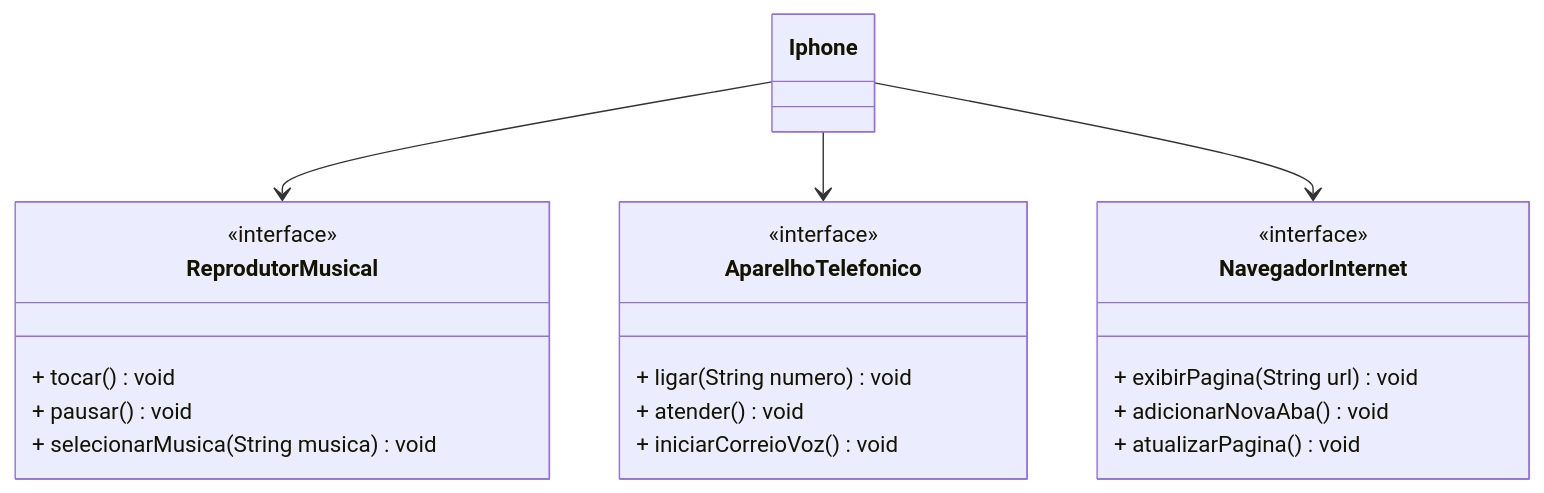
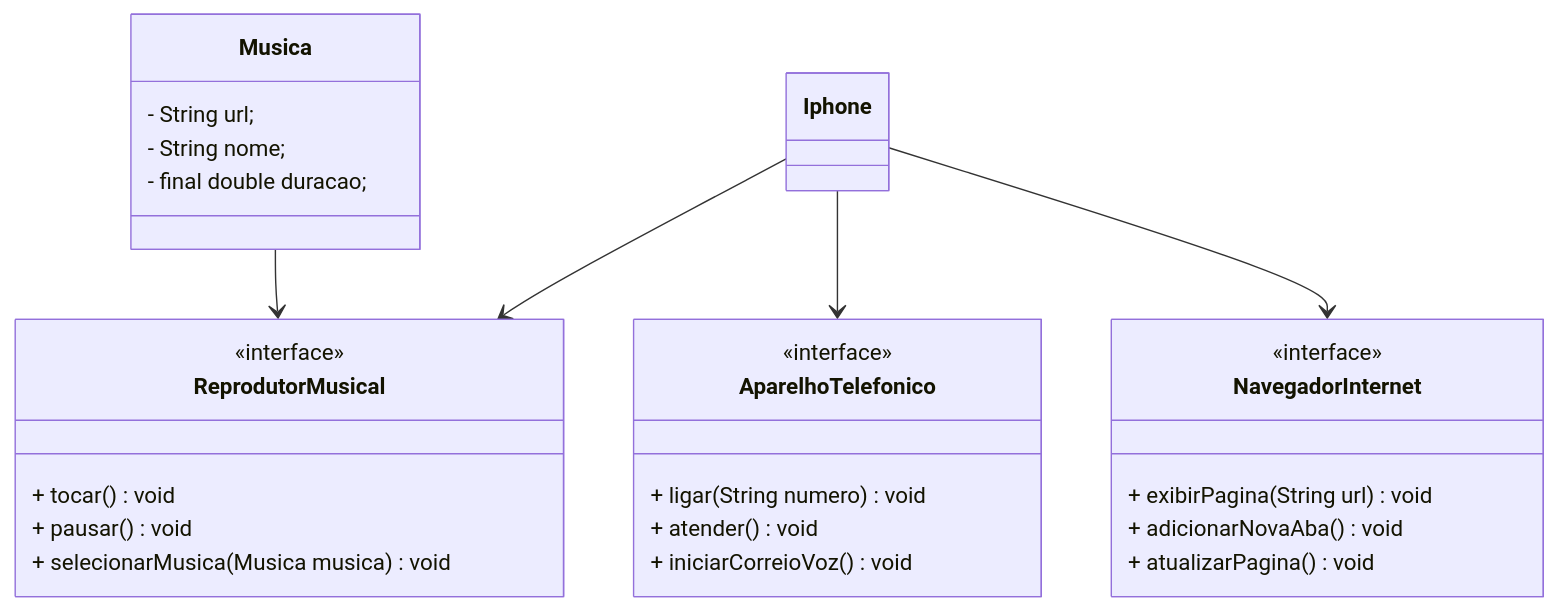
The diagram in README.md (leogoulart/desafio-modelando-iphone-uml), drawn with Mermaid before and after one commit.

Commit message:
docs: update uml diagram

````diff
--- a/README.md
+++ b/README.md
@@ -1,30 +1,38 @@
 ```mermaid
 classDiagram
+
+class Musica{
+  - String url;
+  - String nome;
+  - final double duracao;
+}
 
 class ReprodutorMusical{
   <<interface>>
   + tocar() void
   + pausar() void
-  + selecionarMusica(String musica) void
+  + selecionarMusica(Musica musica) void
 }
 
 class AparelhoTelefonico{
   <<interface>>
   + ligar(String numero) void
   + atender() void
   + iniciarCorreioVoz() void
 }
 
 class NavegadorInternet
 <<interface>> NavegadorInternet
 NavegadorInternet : + exibirPagina(String url) void
 NavegadorInternet : + adicionarNovaAba() void
 NavegadorInternet : + atualizarPagina() void
 
 class Iphone
 
+Musica --> ReprodutorMusical
+
 Iphone --> ReprodutorMusical
 Iphone --> AparelhoTelefonico
 Iphone --> NavegadorInternet
 
 ```
````
